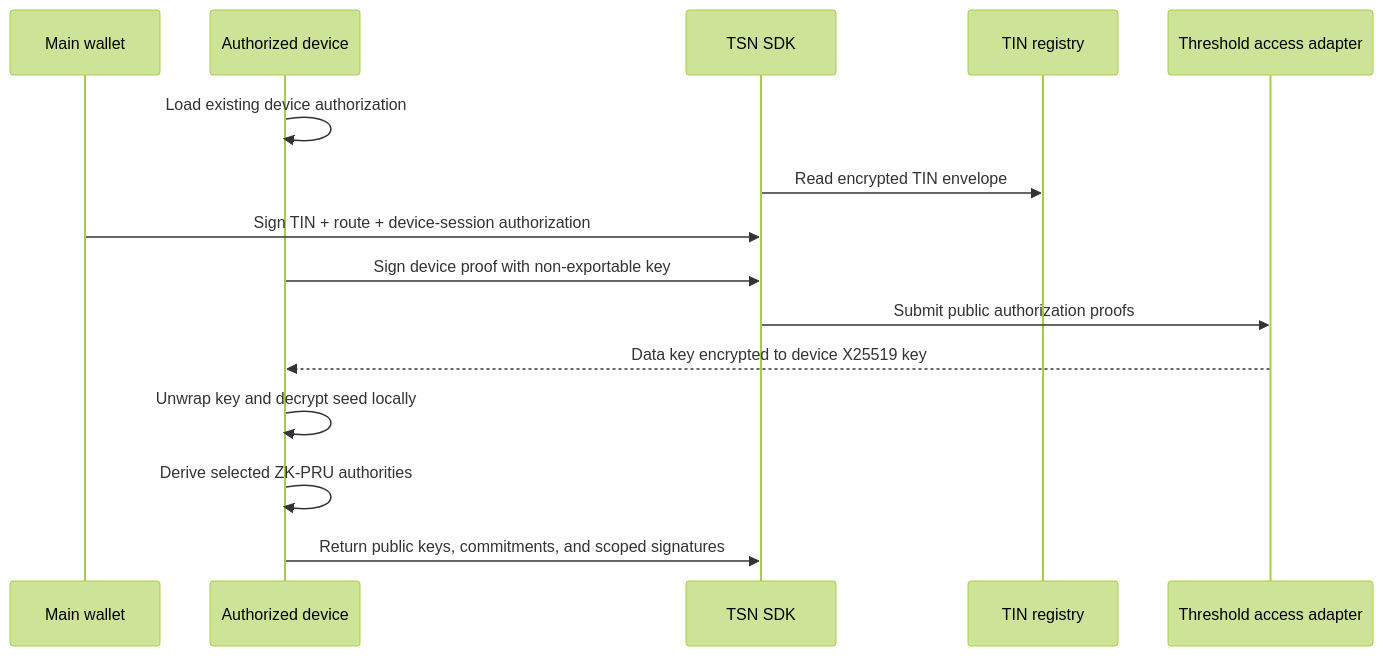
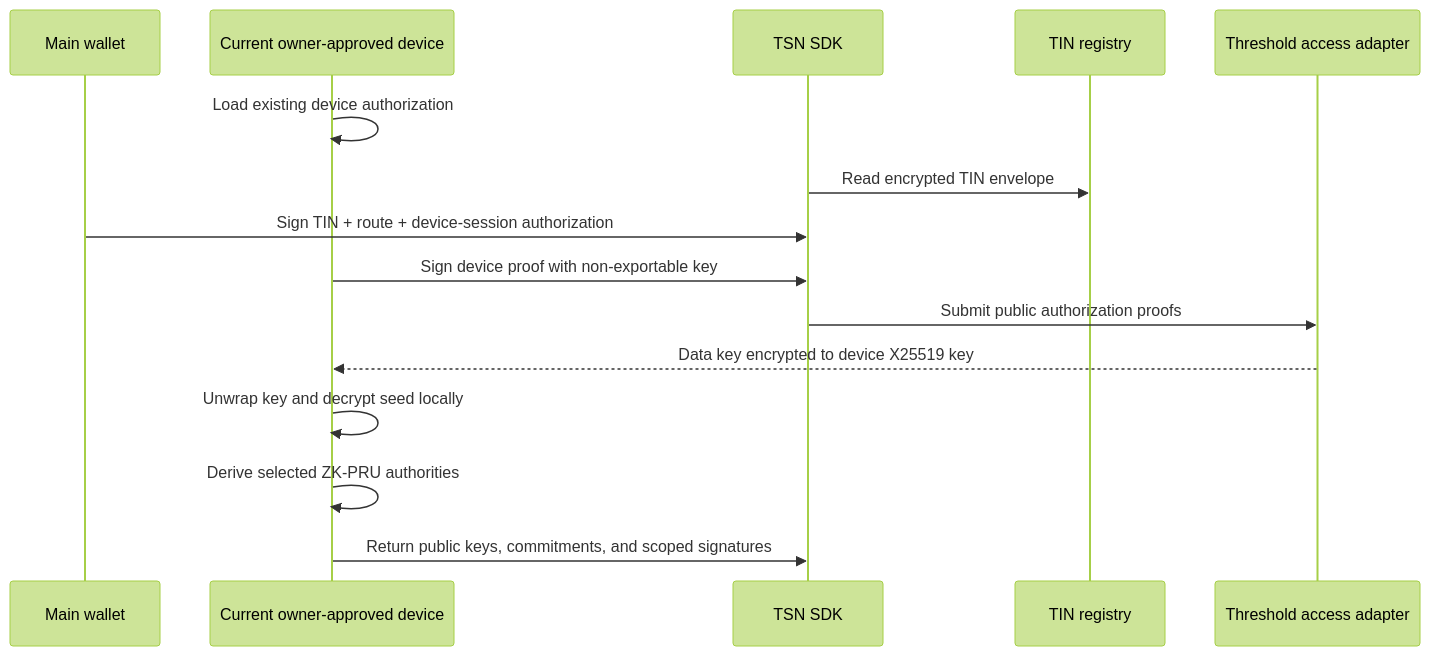
The second of 3 diagrams in docs/TSN-FINAL-ARCHITECTURE.md (bigdreamsweb3/trustlink-pay), drawn with Mermaid (forest theme) before and after one commit. The commit also changed other lines of this file and 31 other files, not shown here.

````diff
--- a/docs/TSN-FINAL-ARCHITECTURE.md
+++ b/docs/TSN-FINAL-ARCHITECTURE.md
@@ -65,18 +64,18 @@
 ```mermaid
 sequenceDiagram
   participant W as Main wallet
-  participant D as Authorized device
+  participant D as Current owner-approved device
   participant S as TSN SDK
   participant T as TIN registry
   participant K as Threshold access adapter
 
   D->>D: Load existing device authorization
   S->>T: Read encrypted TIN envelope
   W->>S: Sign TIN + route + device-session authorization
   D->>S: Sign device proof with non-exportable key
   S->>K: Submit public authorization proofs
   K-->>D: Data key encrypted to device X25519 key
   D->>D: Unwrap key and decrypt seed locally
   D->>D: Derive selected ZK-PRU authorities
   D->>S: Return public keys, commitments, and scoped signatures
 ```
````
